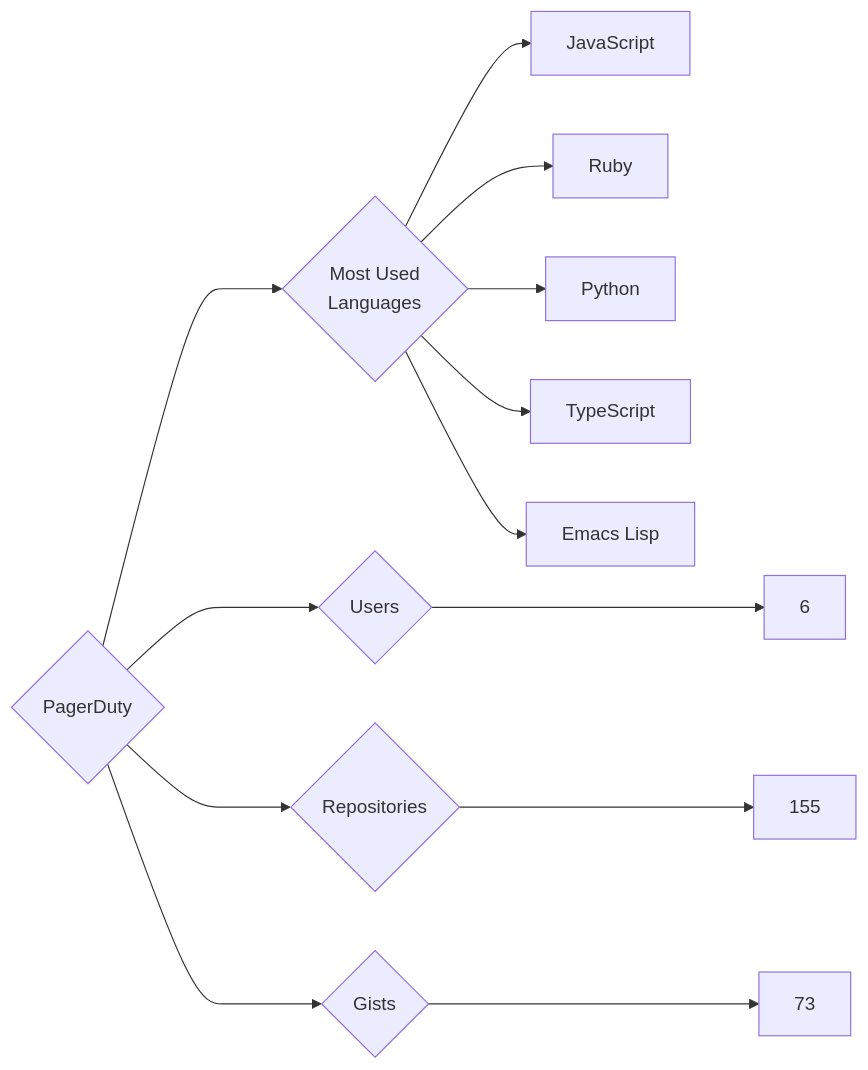
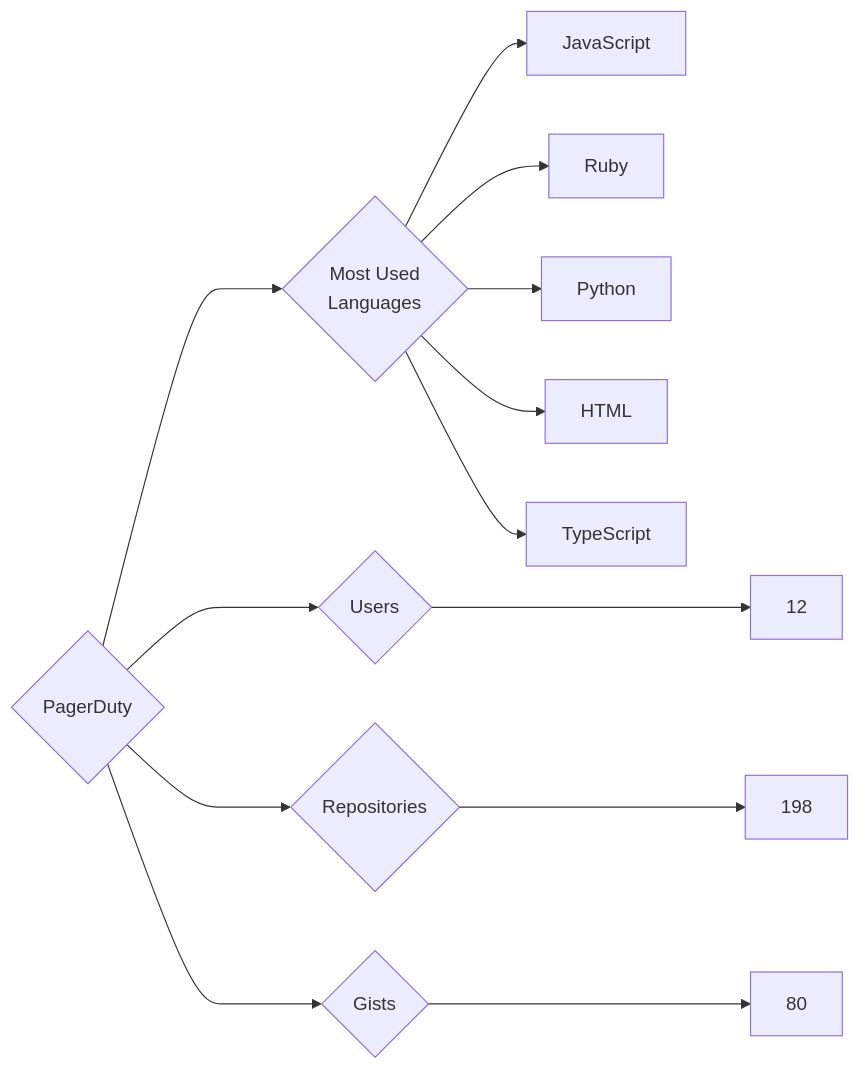
One commit to trickest/insiders changed the diagram in targets/PagerDuty/README.md. Above: the diagram before and after it, drawn with Mermaid. The commit also changed 1696 other files, not shown here.

````diff
--- a/targets/PagerDuty/README.md
+++ b/targets/PagerDuty/README.md
@@ -3,13 +3,13 @@
 ```mermaid
 graph LR
 COMPANY_NAME{PagerDuty}
-COMPANY_NAME ---> U{Users} ---> UN[6]
-COMPANY_NAME ---> R{Repositories} ---> RN[155]
-COMPANY_NAME ---> G{Gists} ---> GN[73]
+COMPANY_NAME ---> U{Users} ---> UN[12]
+COMPANY_NAME ---> R{Repositories} ---> RN[198]
+COMPANY_NAME ---> G{Gists} ---> GN[80]
 COMPANY_NAME ---> ML{Most Used<br>Languages}
 ML --> JavaScript[JavaScript]
 ML --> Ruby[Ruby]
 ML --> Python[Python]
+ML --> HTML[HTML]
 ML --> TypeScript[TypeScript]
-ML --> Emacs_Lisp[Emacs Lisp]
 ```
````
